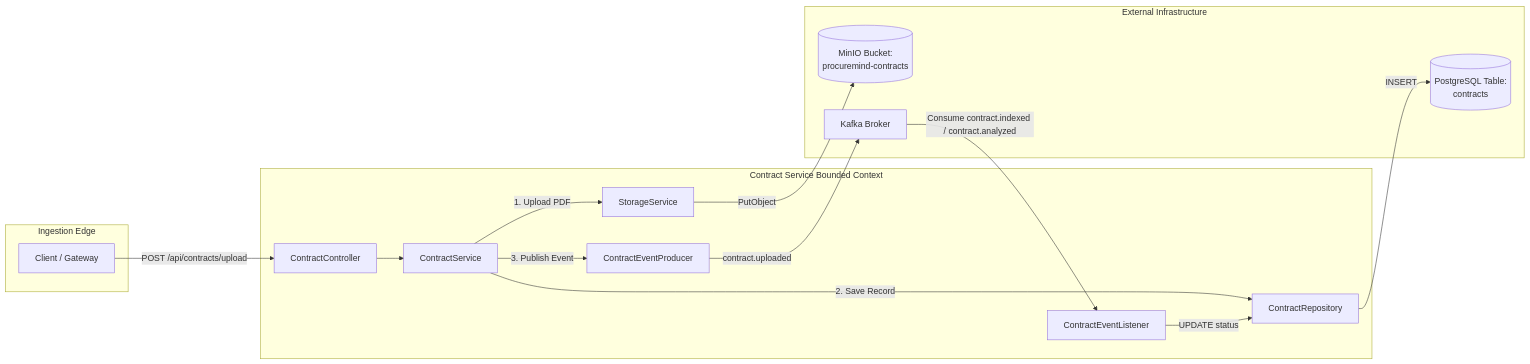
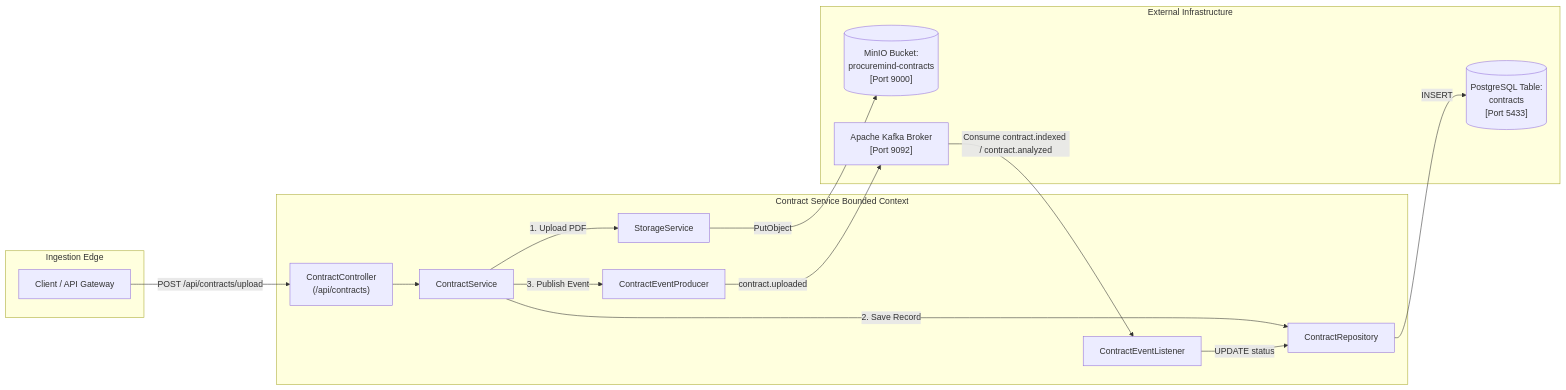
The diagram in contract-service/README.md (171801rohith/ProcureMind), drawn with Mermaid before and after one commit. The commit also changed other lines of this file and 36 other files, not shown here.

````diff
--- a/contract-service/README.md
+++ b/contract-service/README.md
@@ -11,33 +11,33 @@
 ```mermaid
 flowchart LR
     subgraph Ingestion Edge
-        Client[Client / Gateway]
+        Client[Client / API Gateway]
     end
 
     subgraph Contract Service Bounded Context
-        CTRL["ContractController"]
+        CTRL["ContractController\n(/api/contracts)"]
         SVC["ContractService"]
         STORAGE["StorageService"]
         REPO["ContractRepository"]
         PROD["ContractEventProducer"]
         LISTEN["ContractEventListener"]
     end
 
     subgraph External Infrastructure
-        MINIO[("MinIO Bucket:\nprocuremind-contracts")]
-        DB[("PostgreSQL Table:\ncontracts")]
-        KAFKA["Kafka Broker"]
+        MINIO[("MinIO Bucket:\nprocuremind-contracts\n[Port 9000]")]
+        DB[("PostgreSQL Table:\ncontracts\n[Port 5433]")]
+        KAFKA["Apache Kafka Broker\n[Port 9092]"]
     end
 
     Client -->|POST /api/contracts/upload| CTRL
     CTRL --> SVC
     SVC -->|1. Upload PDF| STORAGE
     STORAGE -->|PutObject| MINIO
     SVC -->|2. Save Record| REPO
     REPO -->|INSERT| DB
     SVC -->|3. Publish Event| PROD
     PROD -->|contract.uploaded| KAFKA
 
     KAFKA -->|Consume contract.indexed / contract.analyzed| LISTEN
     LISTEN -->|UPDATE status| REPO
 ```
````
